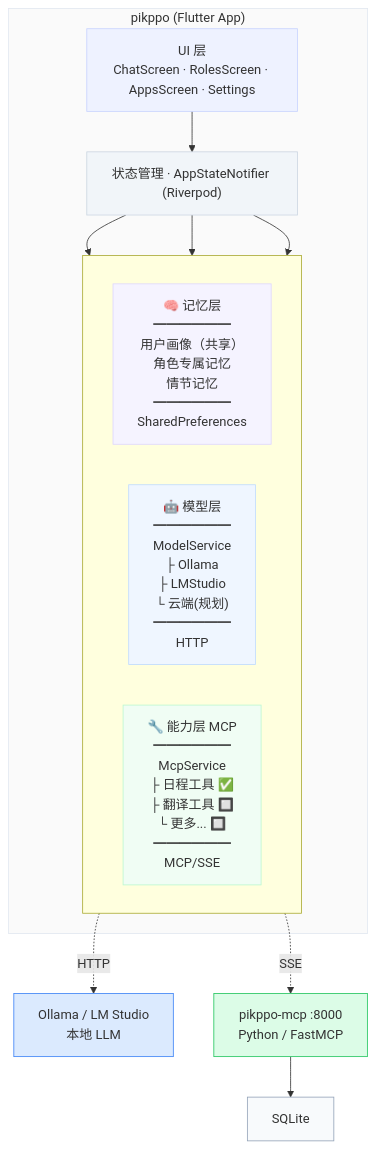
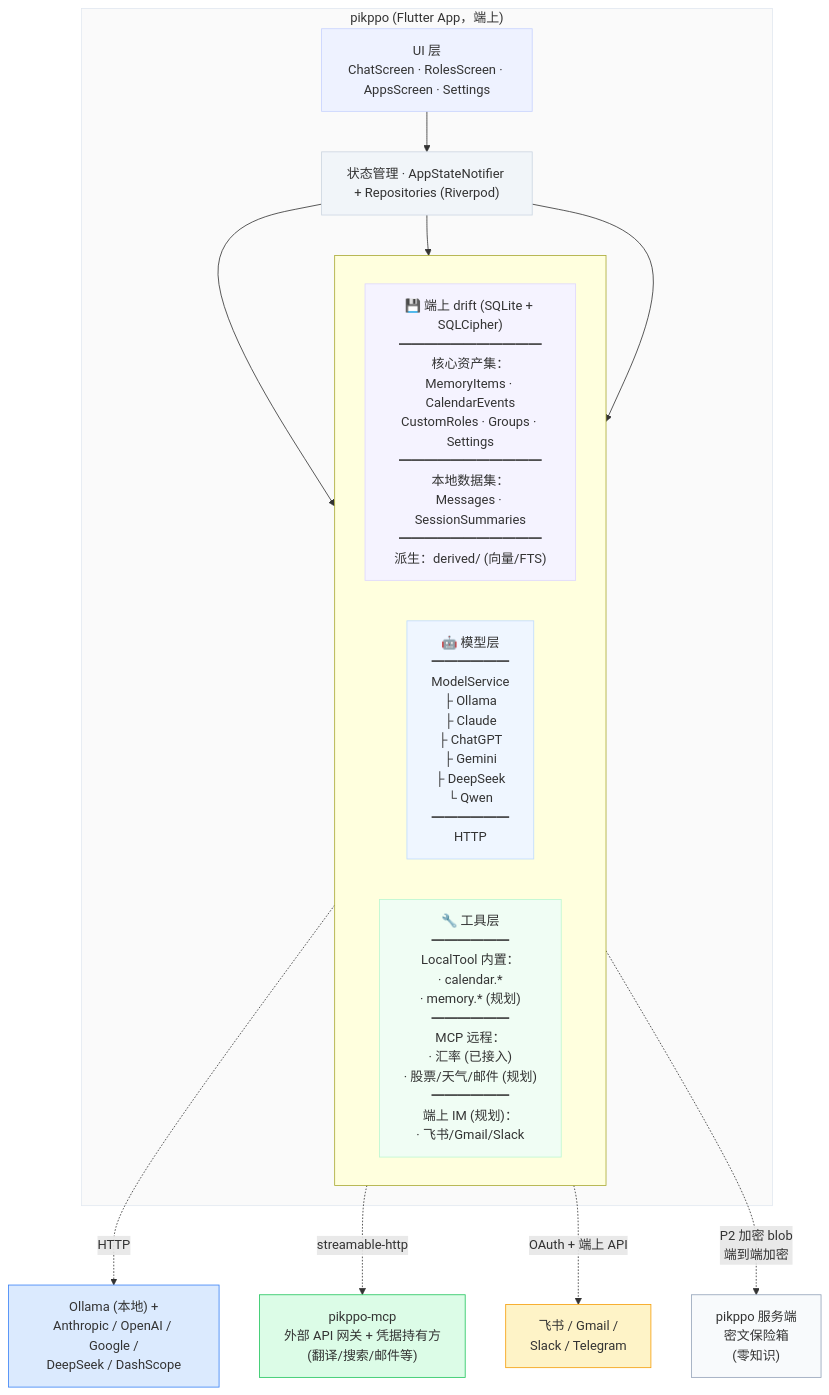
One commit to nianien/pikppo changed the diagram in docs/技术方案设计.md. Above: the diagram before and after it, drawn with Mermaid. The commit also changed other lines of this file and 77 other files, not shown here.

````diff
--- a/docs/技术方案设计.md
+++ b/docs/技术方案设计.md
@@ -92,32 +137,34 @@
 ```mermaid
 graph TD
-    subgraph APP["pikppo (Flutter App)"]
+    subgraph APP["pikppo (Flutter App，端上)"]
         UI["UI 层<br/>ChatScreen · RolesScreen · AppsScreen · Settings"]
-        STATE["状态管理 · AppStateNotifier (Riverpod)"]
+        STATE["状态管理 · AppStateNotifier + Repositories (Riverpod)"]
         UI --> STATE
 
         subgraph LAYERS[" "]
             direction LR
-            MEM["🧠 记忆层<br/>━━━━━━<br/>用户画像（共享）<br/>角色专属记忆<br/>情节记忆<br/>━━━━━━<br/>SharedPreferences"]
-            MODEL["🤖 模型层<br/>━━━━━━<br/>ModelService<br/>├ Ollama<br/>├ LMStudio<br/>└ 云端(规划)<br/>━━━━━━<br/>HTTP"]
-            MCP_C["🔧 能力层 MCP<br/>━━━━━━<br/>McpService<br/>├ 日程工具 ✅<br/>├ 翻译工具 🔲<br/>└ 更多... 🔲<br/>━━━━━━<br/>MCP/SSE"]
+            DRIFT["💾 端上 drift (SQLite + SQLCipher)<br/>━━━━━━━━━━━<br/>核心资产集：<br/>MemoryItems · CalendarEvents<br/>CustomRoles · Groups · Settings<br/>━━━━━━━━━━━<br/>本地数据集：<br/>Messages · SessionSummaries<br/>━━━━━━━━━━━<br/>派生：derived/ (向量/FTS)"]
+            MODEL["🤖 模型层<br/>━━━━━━<br/>ModelService<br/>├ Ollama<br/>├ Claude<br/>├ ChatGPT<br/>├ Gemini<br/>├ DeepSeek<br/>└ Qwen<br/>━━━━━━<br/>HTTP"]
+            TOOLS["🔧 工具层<br/>━━━━━━<br/>LocalTool 内置：<br/>· calendar.*<br/>· memory.* (规划)<br/>━━━━━━<br/>MCP 远程：<br/>· 汇率 (已接入)<br/>· 股票/天气/邮件 (规划)<br/>━━━━━━<br/>端上 IM (规划)：<br/>· 飞书/Gmail/Slack"]
         end
-        STATE --> MEM
+        STATE --> DRIFT
         STATE --> MODEL
-        STATE --> MCP_C
+        STATE --> TOOLS
     end
 
-    MODEL -.->|HTTP| LLM["Ollama / LM Studio<br/>本地 LLM"]
-    MCP_C -.->|SSE| MCP_S["pikppo-mcp :8000<br/>Python / FastMCP"]
-    MCP_S --> DB["SQLite"]
+    MODEL -.->|HTTP| LLM["Ollama (本地) +<br/>Anthropic / OpenAI / Google /<br/>DeepSeek / DashScope"]
+    TOOLS -.->|streamable-http| MCP_S["pikppo-mcp<br/>外部 API 网关 + 凭据持有方<br/>(翻译/搜索/邮件等)"]
+    TOOLS -.->|OAuth + 端上 API| IM["飞书 / Gmail /<br/>Slack / Telegram"]
+    DRIFT -.->|P2 加密 blob<br/>端到端加密| BACKUP["pikppo 服务端<br/>密文保险箱<br/>(零知识)"]
 
     style APP fill:#FAFAFA,stroke:#E2E8F0
     style UI fill:#EEF2FF,stroke:#C7D2FE
     style STATE fill:#F1F5F9,stroke:#CBD5E1
-    style MEM fill:#F5F3FF,stroke:#DDD6FE
+    style DRIFT fill:#F5F3FF,stroke:#DDD6FE
     style MODEL fill:#EFF6FF,stroke:#BFDBFE
-    style MCP_C fill:#F0FDF4,stroke:#BBF7D0
+    style TOOLS fill:#F0FDF4,stroke:#BBF7D0
     style LLM fill:#DBEAFE,stroke:#3B82F6
     style MCP_S fill:#DCFCE7,stroke:#22C55E
-    style DB fill:#F8FAFC,stroke:#94A3B8
+    style IM fill:#FEF3C7,stroke:#F59E0B
+    style BACKUP fill:#F8FAFC,stroke:#94A3B8
 ```
````
